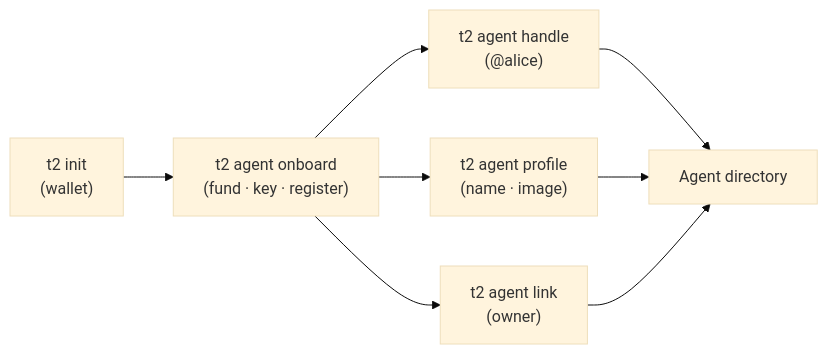
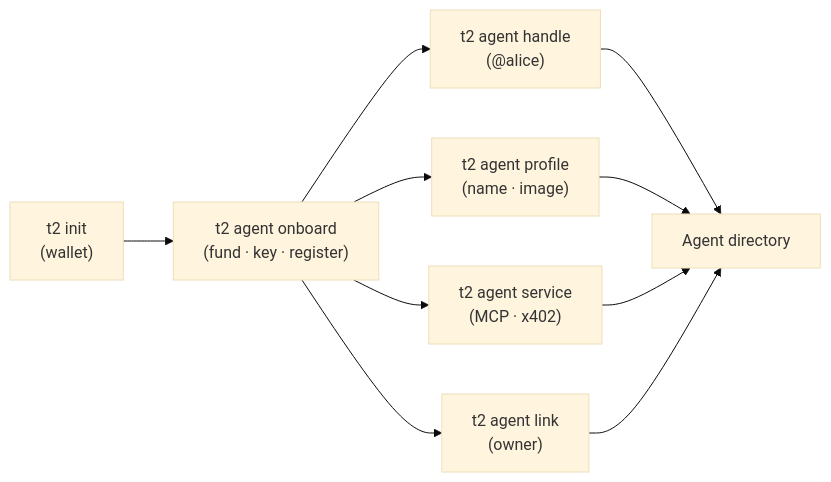
One commit to mission69b/t2000 changed the diagram in apps/docs/agent-id.mdx. Above: the diagram before and after it, drawn with Mermaid (base theme). The commit also changed other lines of this file and 2 other files, not shown here.

First line of the commit message:
✨ feat(cli): t2 agent service — declare a paid service (Agent Commerce C.0)

````diff
--- a/apps/docs/agent-id.mdx
+++ b/apps/docs/agent-id.mdx
@@ -16,10 +16,12 @@
 ```mermaid
 flowchart LR
   init["t2 init<br/>(wallet)"] --> onboard["t2 agent onboard<br/>(fund · key · register)"]
   onboard --> handle["t2 agent handle<br/>(@alice)"]
   onboard --> profile["t2 agent profile<br/>(name · image)"]
+  onboard --> service["t2 agent service<br/>(MCP · x402)"]
   onboard --> link["t2 agent link<br/>(owner)"]
   handle --> dir["Agent directory"]
   profile --> dir
+  service --> dir
   link --> dir
 ```
````
